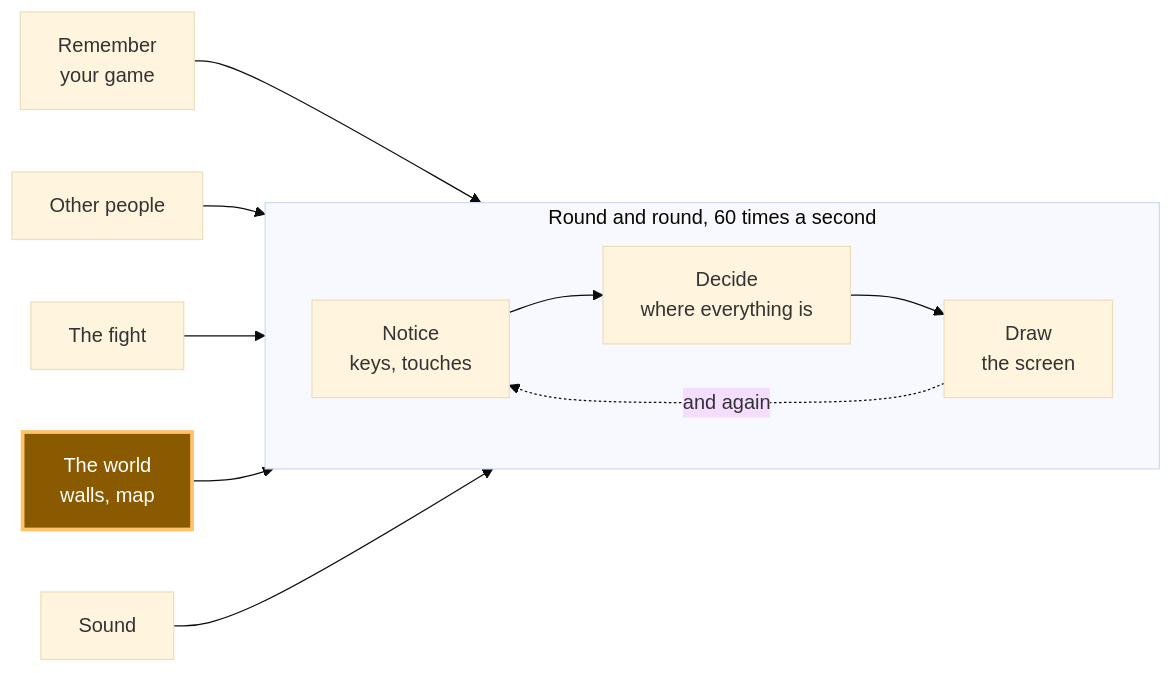
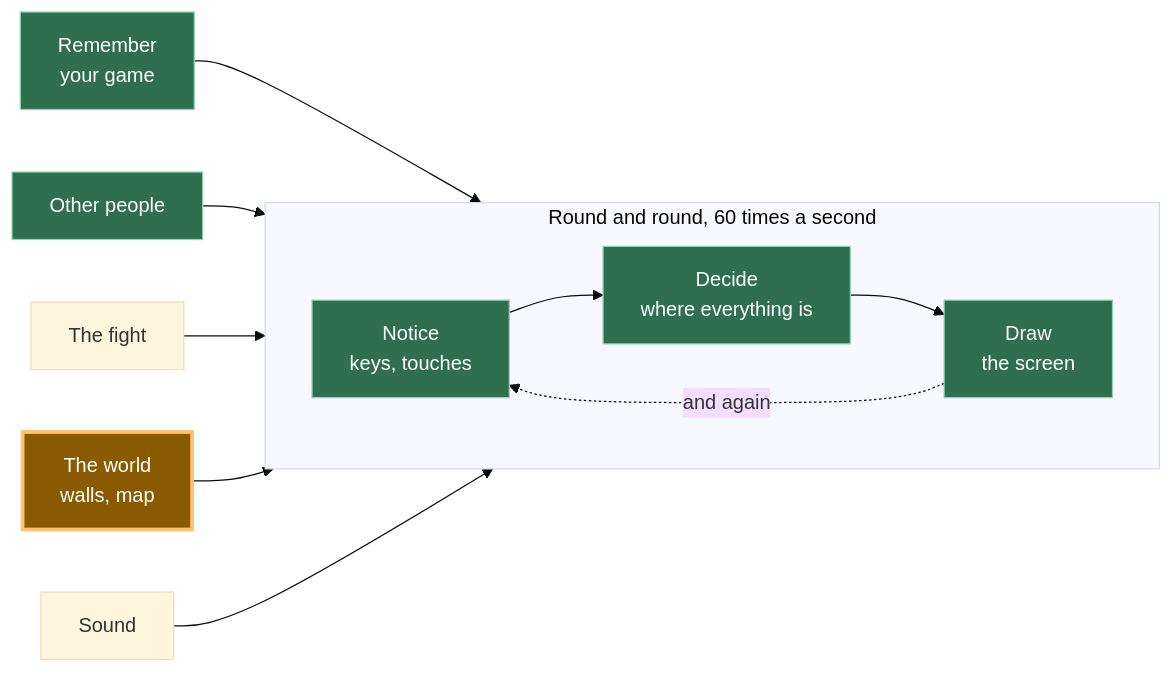
The diagram in content/ai/a15.ja.md (KakkoiDev/izumo-io), drawn with Mermaid (base theme) before and after one commit. The commit also changed other lines of this file and 35 other files, not shown here.

Commit message:
Mark earlier-completed modules green on the A11-A22 diagrams, and fix the stale A11 PT prompt block plus code markup in three translations

````diff
--- a/content/ai/a15.ja.md
+++ b/content/ai/a15.ja.md
@@ -17,17 +17,19 @@
 ```mermaid
 flowchart LR
     subgraph loop["Round and round, 60 times a second"]
         direction LR
         N["Notice<br/>keys, touches"] --> D["Decide<br/>where everything is"] --> R["Draw<br/>the screen"]
     end
     R -. "and again" .-> N
 
     S["Remember<br/>your game"] --> D
     O["Other people"] --> D
     F["The fight"] --> D
     W["The world<br/>walls, map"] --> R
     A["Sound"] --> R
 
     classDef now fill:#8a5a00,stroke:#ffc46b,color:#fff,stroke-width:3px
+    classDef done fill:#2f6f4f,stroke:#8fd6b4,color:#fff
+    class N,D,R,S,O done
     class W now
 ```
````
